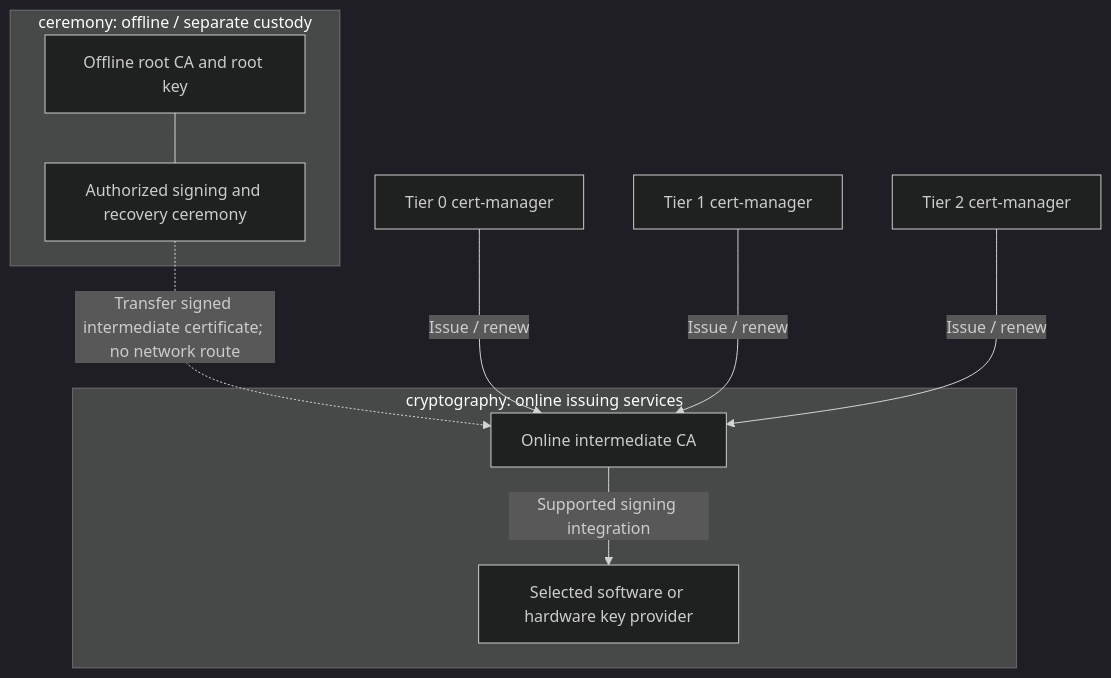
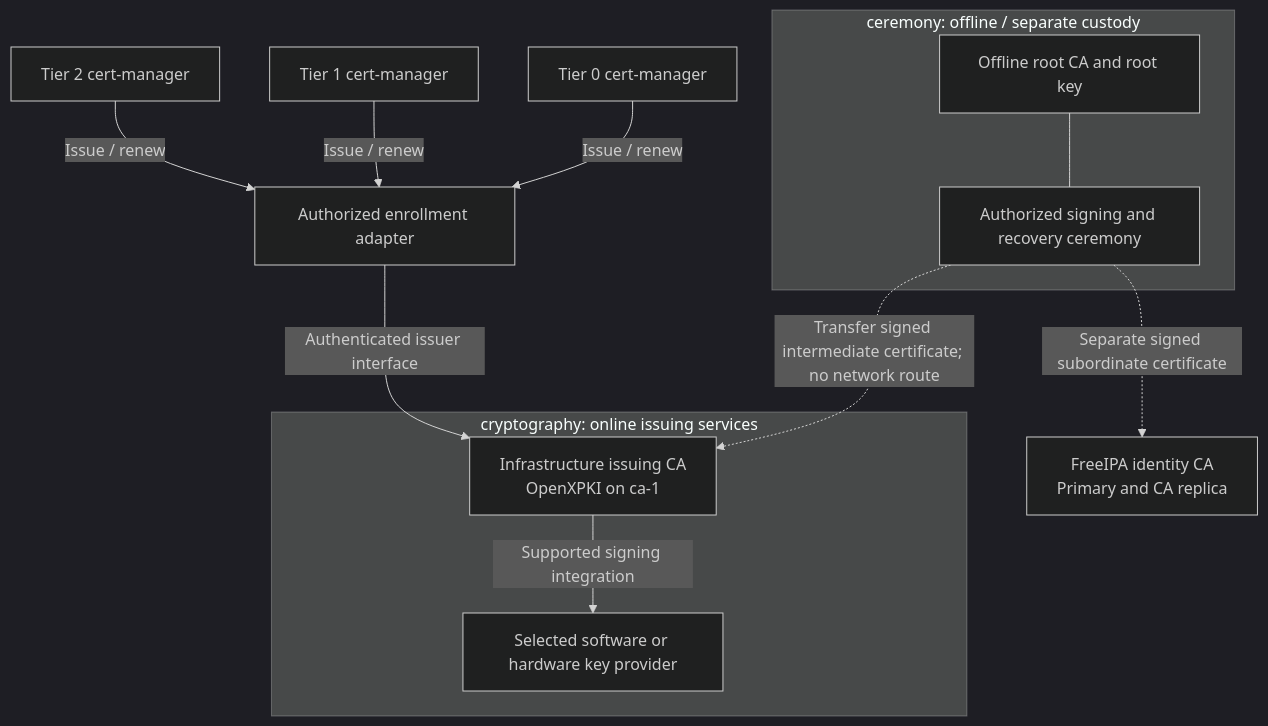
The second of 2 diagrams in docs/architecture/reference-platform.md (Rexus/homelab), drawn with Mermaid (dark theme) before and after one commit. The commit also changed other lines of this file and 169 other files, not shown here.

````diff
--- a/docs/architecture/reference-platform.md
+++ b/docs/architecture/reference-platform.md
@@ -152,17 +152,19 @@
 ```mermaid
 flowchart TB
   subgraph CER["ceremony: offline / separate custody"]
     Root["Offline root CA and root key"]
     Ops["Authorized signing and recovery ceremony"]
     Root --- Ops
   end
   subgraph CRYPTO["cryptography: online issuing services"]
-    Issuer["Online intermediate CA"]
+    Issuer["Infrastructure issuing CA<br/>OpenXPKI on ca-1"]
     Provider["Selected software or hardware key provider"]
     Issuer -->|Supported signing integration| Provider
   end
   Ops -. "Transfer signed intermediate certificate; no network route" .-> Issuer
-  CM0["Tier 0 cert-manager"] -->|Issue / renew| Issuer
-  CM1["Tier 1 cert-manager"] -->|Issue / renew| Issuer
-  CM2["Tier 2 cert-manager"] -->|Issue / renew| Issuer
+  Ops -. "Separate signed subordinate certificate" .-> IdentityCA["FreeIPA identity CA<br/>Primary and CA replica"]
+  CM0["Tier 0 cert-manager"] -->|Issue / renew| Enrollment["Authorized enrollment adapter"]
+  CM1["Tier 1 cert-manager"] -->|Issue / renew| Enrollment
+  CM2["Tier 2 cert-manager"] -->|Issue / renew| Enrollment
+  Enrollment -->|Authenticated issuer interface| Issuer
 ```
````
